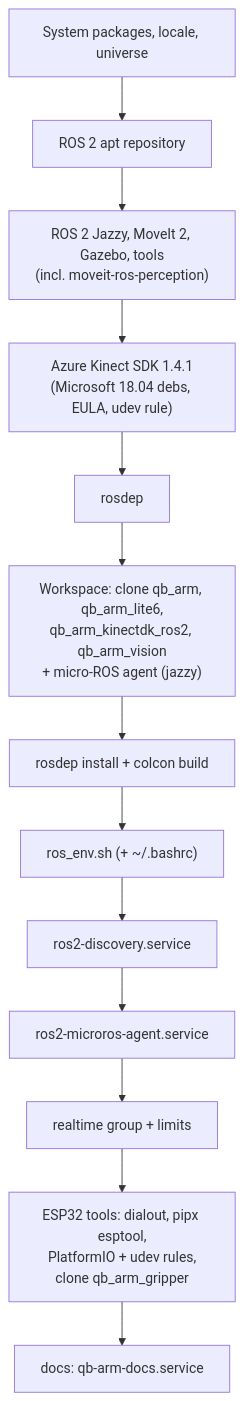
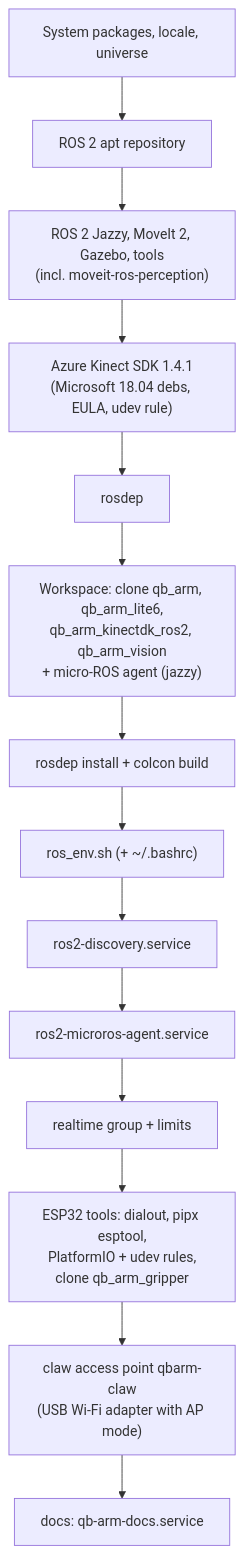
The diagram in docs/pages/11-infrastructure.md (whoobee/qb_arm_install), drawn with Mermaid before and after one commit. The commit also changed other lines of this file and 13 other files, not shown here.

First line of the commit message:
Claw access point qbarm-claw; docs: grip rework, new network, lessons 8-11

````diff
--- a/docs/pages/11-infrastructure.md
+++ b/docs/pages/11-infrastructure.md
@@ -10,15 +10,16 @@
 ```mermaid
 flowchart TB
     A["System packages, locale, universe"] --> B["ROS 2 apt repository"]
     B --> C["ROS 2 Jazzy, MoveIt 2, Gazebo, tools<br/>(incl. moveit-ros-perception)"]
     C --> D["Azure Kinect SDK 1.4.1<br/>(Microsoft 18.04 debs, EULA, udev rule)"]
     D --> E["rosdep"]
     E --> F["Workspace: clone qb_arm, qb_arm_lite6,<br/>qb_arm_kinectdk_ros2, qb_arm_vision<br/>+ micro-ROS agent (jazzy)"]
     F --> G["rosdep install + colcon build"]
     G --> H["ros_env.sh (+ ~/.bashrc)"]
     H --> I["ros2-discovery.service"]
     I --> J["ros2-microros-agent.service"]
     J --> K["realtime group + limits"]
     K --> L["ESP32 tools: dialout, pipx esptool,<br/>PlatformIO + udev rules,<br/>clone qb_arm_gripper"]
-    L --> M["docs: qb-arm-docs.service"]
+    L --> AP["claw access point qbarm-claw<br/>(USB Wi-Fi adapter with AP mode)"]
+    AP --> M["docs: qb-arm-docs.service"]
 ```
````
